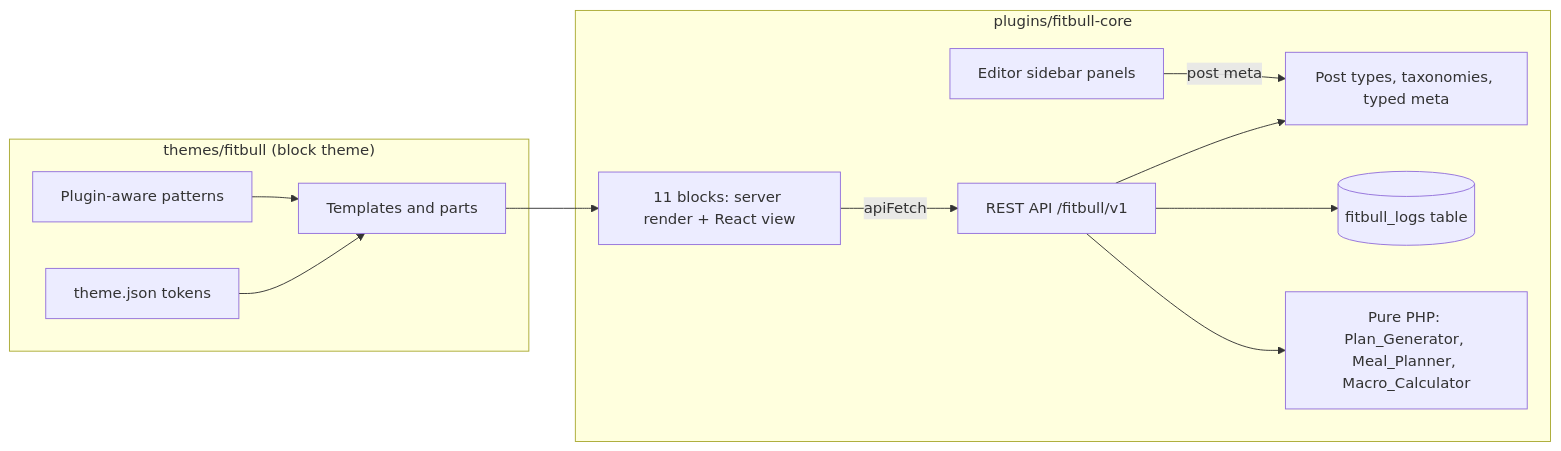
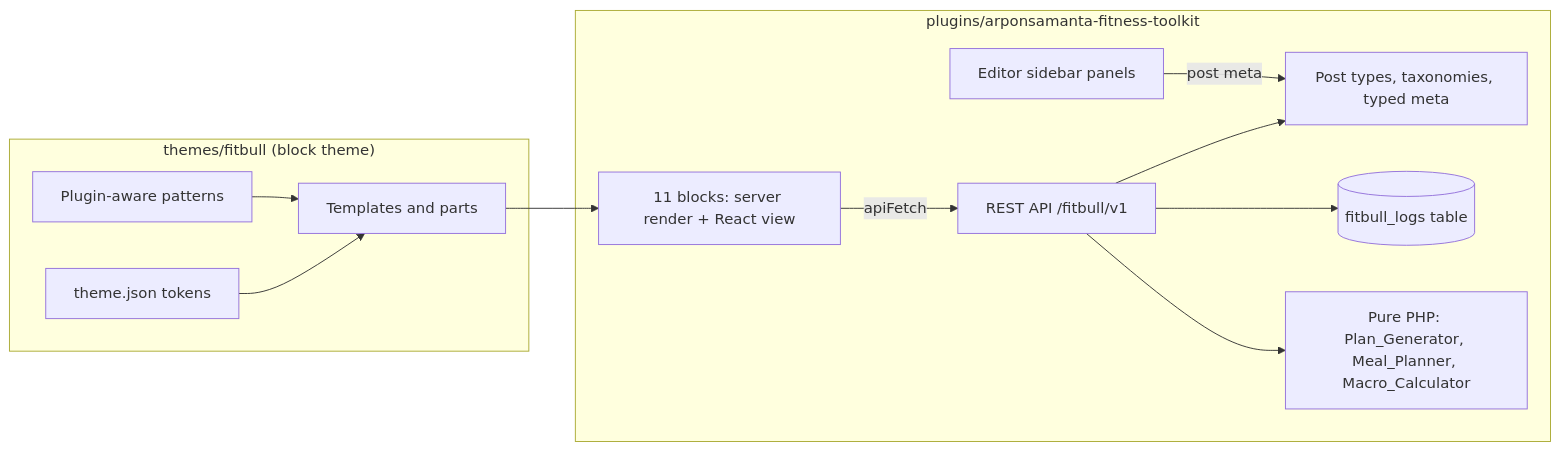
Before and after one commit to ArponSamanta/fitbull: the diagram in README.md, drawn with Mermaid. The commit also changed other lines of this file and 317 other files, not shown here.

First line of the commit message:
1.0.2: rename plugin to ArponSamanta Fitness Toolkit, escaping fixes

````diff
--- a/README.md
+++ b/README.md
@@ -33,21 +33,21 @@
 ```mermaid
 flowchart LR
   subgraph Theme["themes/fitbull (block theme)"]
     TJ[theme.json tokens] --> TPL[Templates and parts]
     PAT[Plugin-aware patterns] --> TPL
   end
-  subgraph Plugin["plugins/fitbull-core"]
+  subgraph Plugin["plugins/arponsamanta-fitness-toolkit"]
     DATA[Post types, taxonomies, typed meta]
     LOG[(fitbull_logs table)]
     REST["REST API /fitbull/v1"]
     PURE["Pure PHP: Plan_Generator, Meal_Planner, Macro_Calculator"]
     BLK["11 blocks: server render + React view"]
     ED[Editor sidebar panels]
   end
   TPL --> BLK
   BLK -- apiFetch --> REST
   REST --> DATA
   REST --> LOG
   REST --> PURE
   ED -- post meta --> DATA
 ```
````
